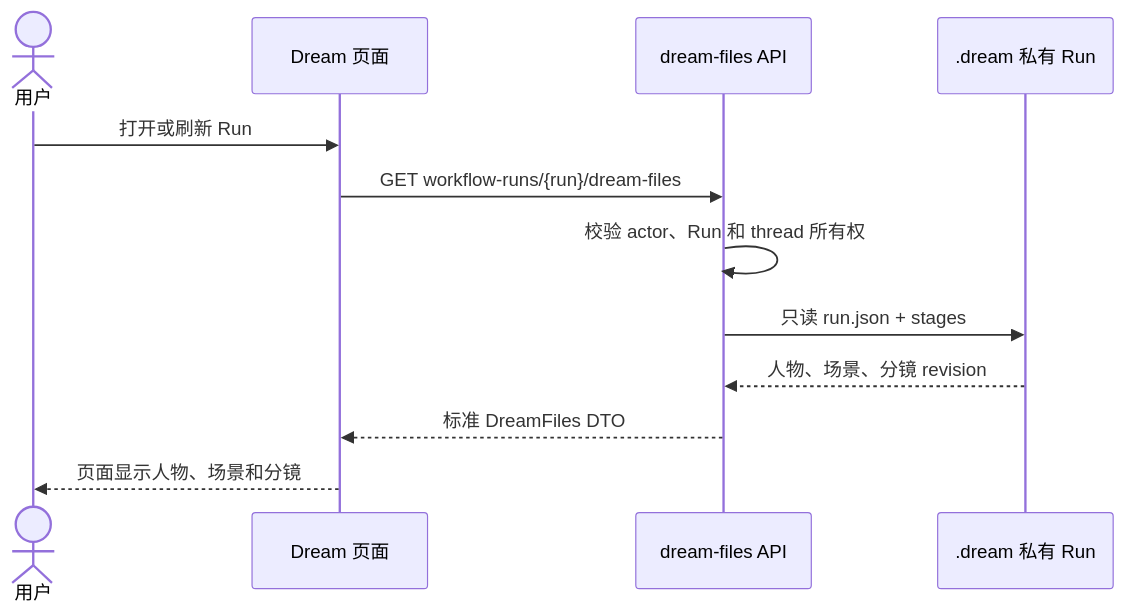
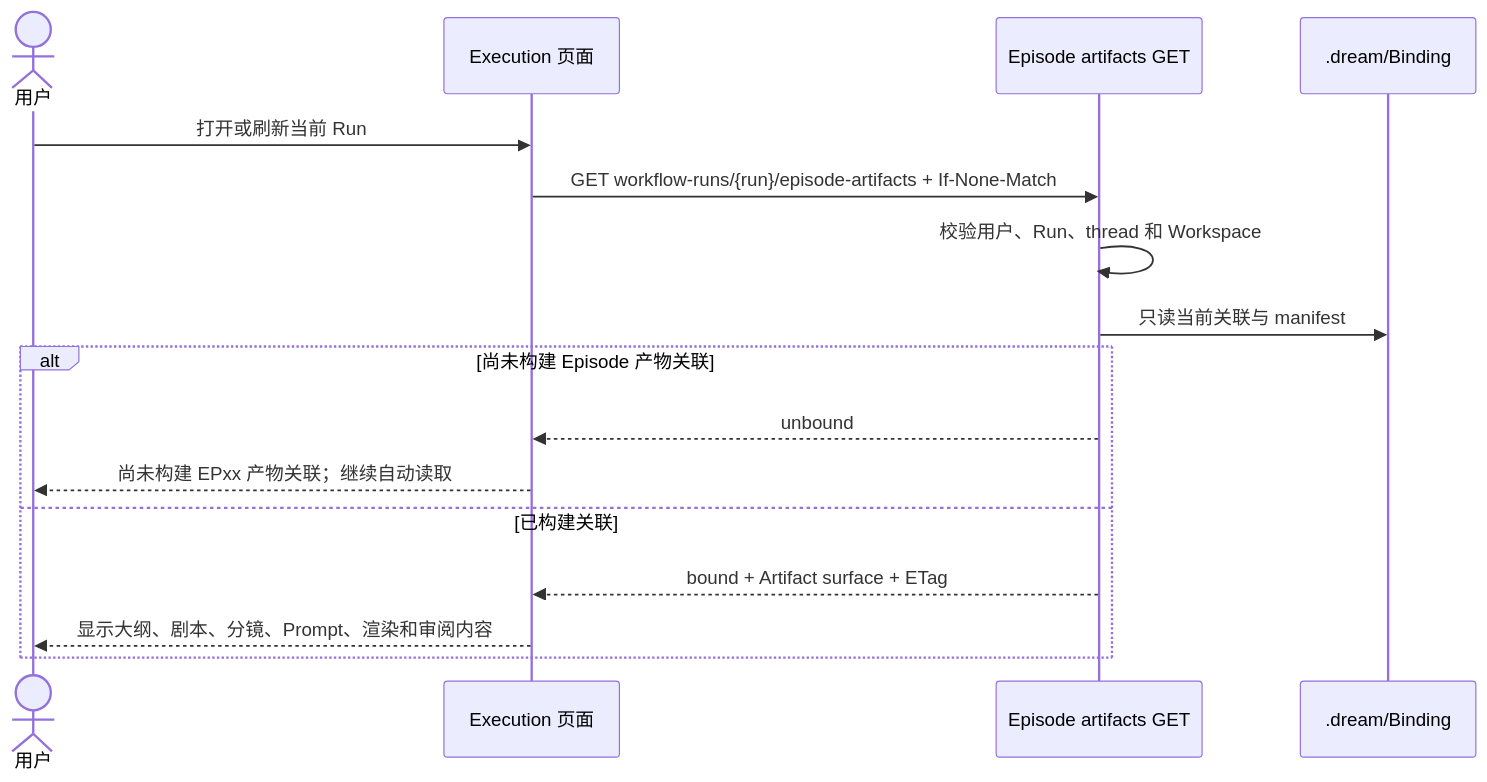
Before and after one commit to glide-the/im-dream: the fifth of 8 diagrams in docs/design/dream-agent/business-interaction-design.md, drawn with Mermaid. The commit also changed other lines of this file and 99 other files, not shown here.

Commit message:
refactor(dream): replace episode state machine with skill hooks

````diff
--- a/docs/design/dream-agent/business-interaction-design.md
+++ b/docs/design/dream-agent/business-interaction-design.md
@@ -80,15 +152,19 @@
 ```mermaid
 sequenceDiagram
     actor U as 用户
-    participant D as Dream 页面
-    participant API as dream-files API
-    participant P as .dream 私有 Run
+    participant E as Execution 页面
+    participant API as Episode artifacts GET
+    participant P as .dream/Binding
 
-    U->>D: 打开或刷新 Run
-    D->>API: GET workflow-runs/{run}/dream-files
-    API->>API: 校验 actor、Run 和 thread 所有权
-    API->>P: 只读 run.json + stages
-    P-->>API: 人物、场景、分镜 revision
-    API-->>D: 标准 DreamFiles DTO
-    D-->>U: 页面显示人物、场景和分镜
+    U->>E: 打开或刷新当前 Run
+    E->>API: GET workflow-runs/{run}/episode-artifacts + If-None-Match
+    API->>API: 校验用户、Run、thread 和 Workspace
+    API->>P: 只读当前关联与 manifest
+    alt 尚未构建 Episode 产物关联
+        API-->>E: unbound
+        E-->>U: 尚未构建 EPxx 产物关联；继续自动读取
+    else 已构建关联
+        API-->>E: bound + Artifact surface + ETag
+        E-->>U: 显示大纲、剧本、分镜、Prompt、渲染和审阅内容
+    end
 ```
````
